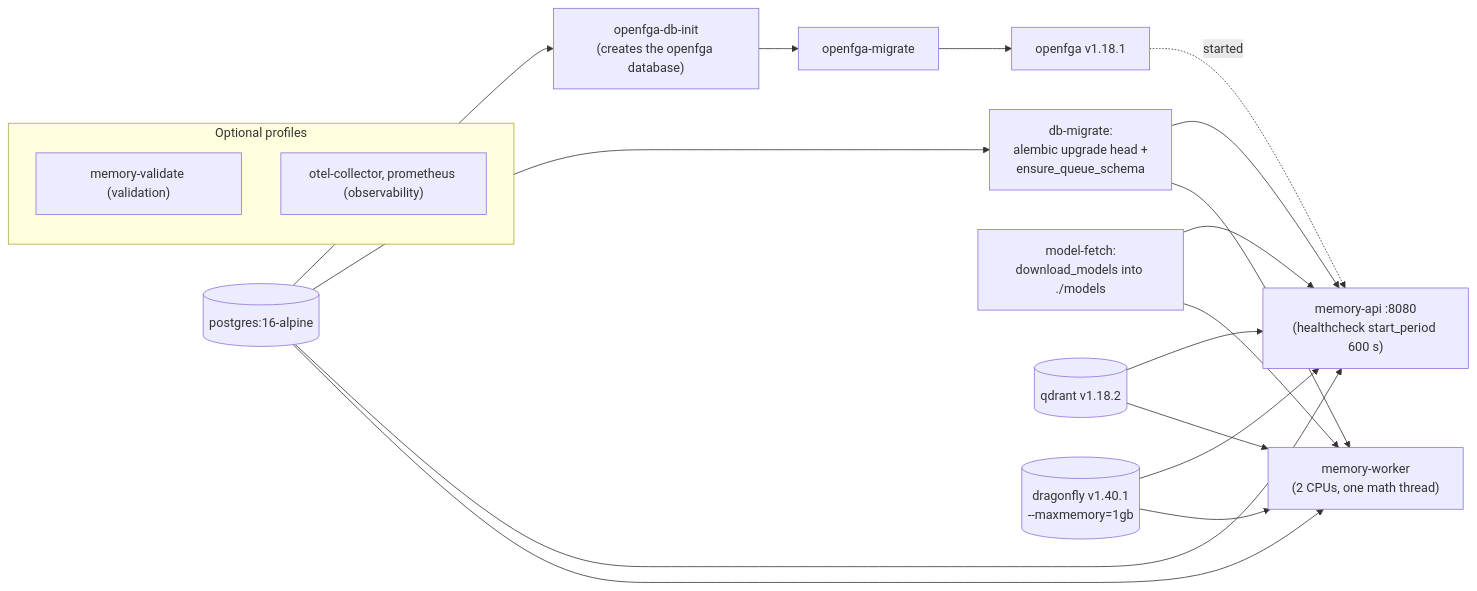
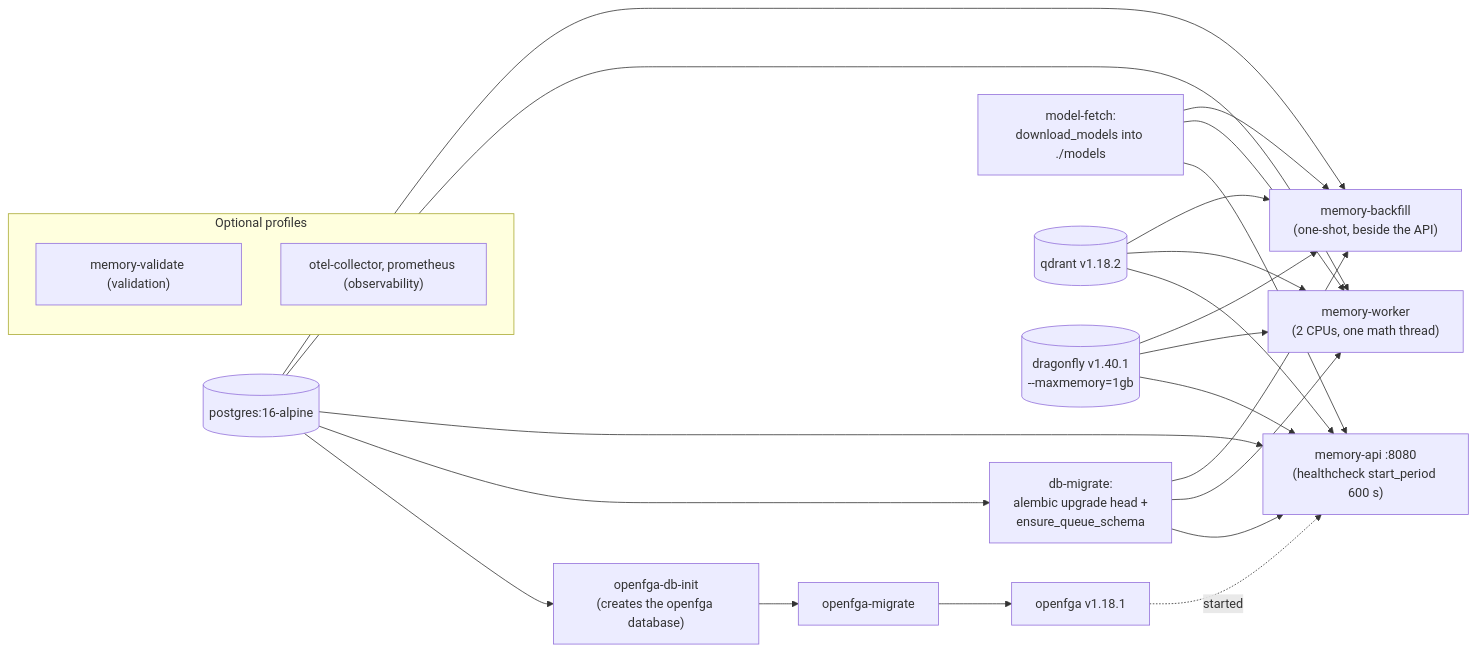
One commit to amitmohapatra/agent-memory-service changed the first of 2 diagrams in docs/guide/11-operations.md. Above: the diagram before and after it, drawn with Mermaid. The commit also changed other lines of this file and 10 other files, not shown here.

````diff
--- a/docs/guide/11-operations.md
+++ b/docs/guide/11-operations.md
@@ -21,16 +23,17 @@
 ```mermaid
 flowchart LR
   PG[("postgres:16-alpine")] --> FDB["openfga-db-init<br/>(creates the openfga database)"]
   FDB --> FM[openfga-migrate] --> FGA["openfga v1.18.1"]
   PG --> MIG["db-migrate:<br/>alembic upgrade head +<br/>ensure_queue_schema"]
   MF["model-fetch:<br/>download_models into ./models"]
   QD[("qdrant v1.18.2")]
   DF[("dragonfly v1.40.1<br/>--maxmemory=1gb")]
   PG & QD & DF & MF & MIG --> API["memory-api :8080<br/>(healthcheck start_period 600 s)"]
   FGA -.->|started| API
   PG & QD & DF & MF & MIG --> WK["memory-worker<br/>(2 CPUs, one math thread)"]
+  PG & QD & DF & MF & MIG --> BF["memory-backfill<br/>(one-shot, beside the API)"]
   subgraph profiles[Optional profiles]
     VAL["memory-validate (validation)"]
     OT["otel-collector, prometheus (observability)"]
   end
 ```
````
